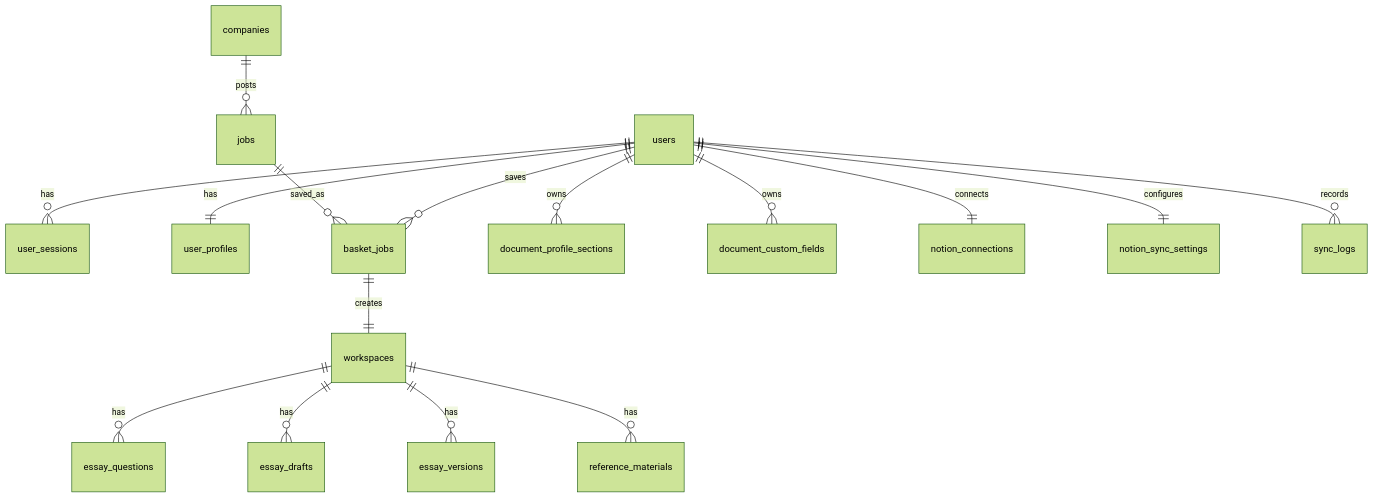
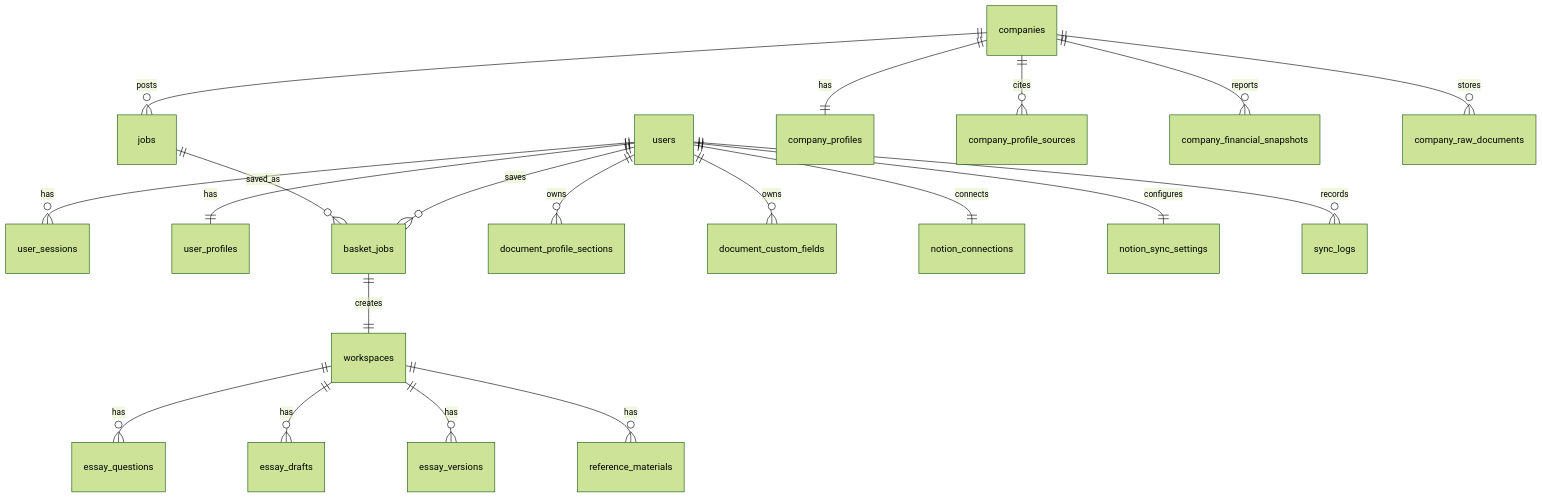
One commit to scnelMG/ez-one changed the diagram in docs/12_erd.md. Above: the diagram before and after it, drawn with Mermaid (forest theme). The commit also changed other lines of this file and 19 other files, not shown here.

````diff
--- a/docs/12_erd.md
+++ b/docs/12_erd.md
@@ -9,18 +9,22 @@
 ```mermaid
 erDiagram
     users ||--o{ user_sessions : has
     users ||--|| user_profiles : has
     users ||--o{ basket_jobs : saves
     users ||--o{ document_profile_sections : owns
     users ||--o{ document_custom_fields : owns
     users ||--|| notion_connections : connects
     users ||--|| notion_sync_settings : configures
     users ||--o{ sync_logs : records
     companies ||--o{ jobs : posts
+    companies ||--|| company_profiles : has
+    companies ||--o{ company_profile_sources : cites
+    companies ||--o{ company_financial_snapshots : reports
+    companies ||--o{ company_raw_documents : stores
     jobs ||--o{ basket_jobs : saved_as
     basket_jobs ||--|| workspaces : creates
     workspaces ||--o{ essay_questions : has
     workspaces ||--o{ essay_drafts : has
     workspaces ||--o{ essay_versions : has
     workspaces ||--o{ reference_materials : has
 ```
````
